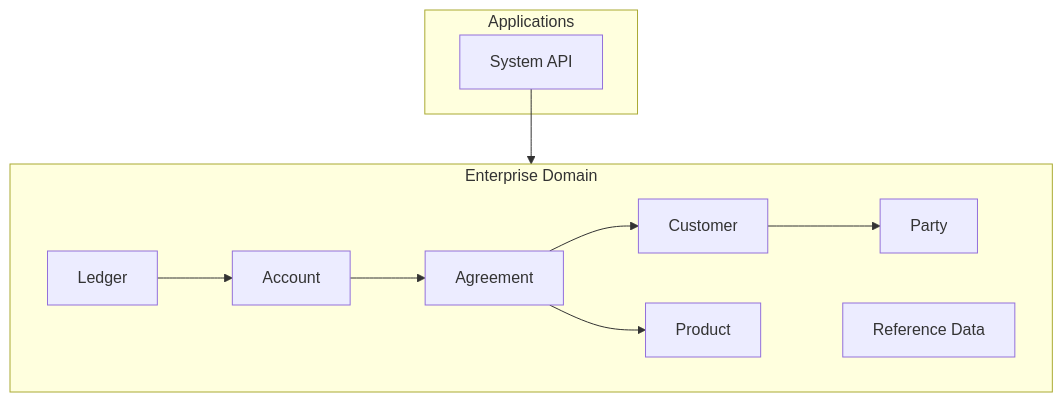
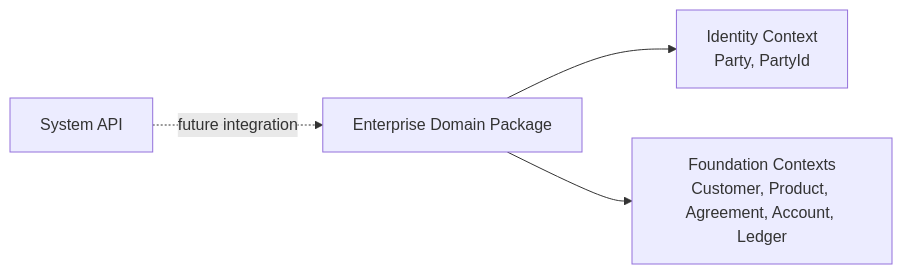
One commit to VishChandran/epos changed the second of 8 diagrams in docs/architecture/software-architecture.md. Above: the diagram before and after it, drawn with Mermaid. The commit also changed other lines of this file, not shown here.

Commit message:
docs(architecture): simplify interim architecture diagrams

````diff
--- a/docs/architecture/software-architecture.md
+++ b/docs/architecture/software-architecture.md
@@ -65,24 +63,11 @@
 ```mermaid
-flowchart TB
+flowchart LR
+    API[System API]
+    Domain[Enterprise Domain Package]
+    Identity[Identity Context<br/>Party, PartyId]
+    Foundation[Foundation Contexts<br/>Customer, Product, Agreement, Account, Ledger]
 
-subgraph Applications
-    SystemAPI[System API]
-end
-
-subgraph EnterpriseDomain[Enterprise Domain]
-    Party[Party]
-    Customer[Customer]
-    Product[Product]
-    Agreement[Agreement]
-    Account[Account]
-    Ledger[Ledger]
-    ReferenceData[Reference Data]
-end
-
-SystemAPI --> EnterpriseDomain
-Customer --> Party
-Agreement --> Customer
-Agreement --> Product
-Account --> Agreement
-Ledger --> Account
+    API -. future integration .-> Domain
+    Domain --> Identity
+    Domain --> Foundation
 ```
````
